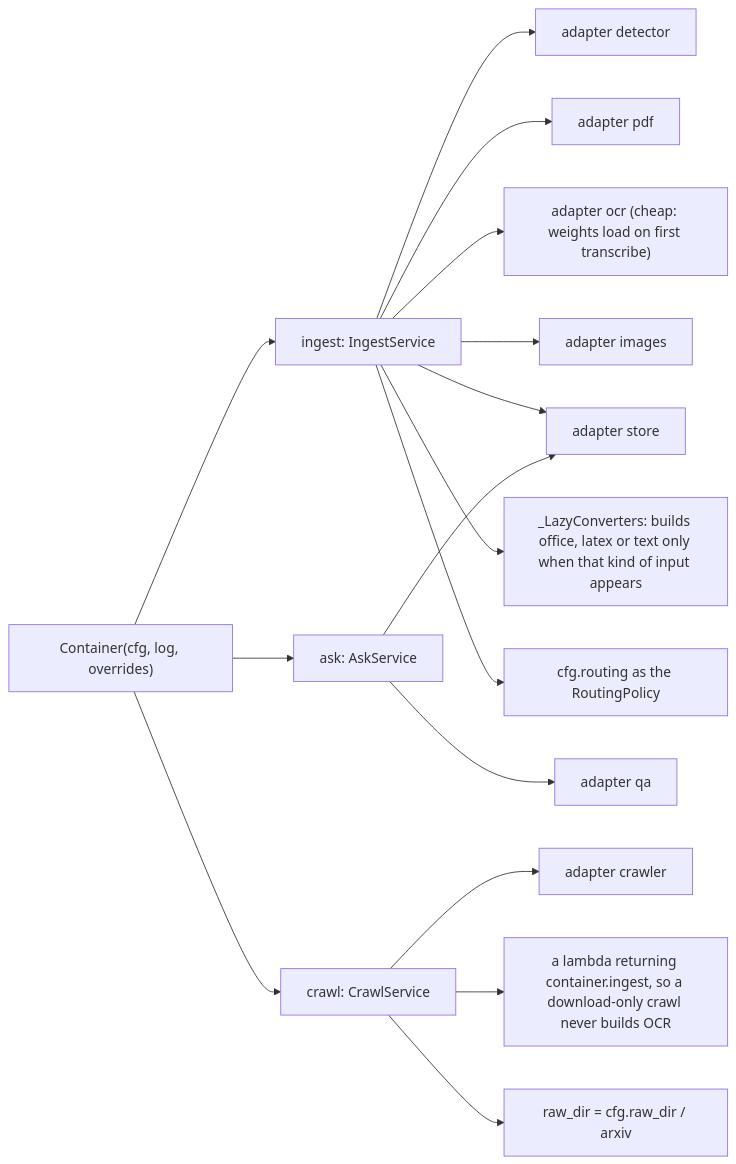
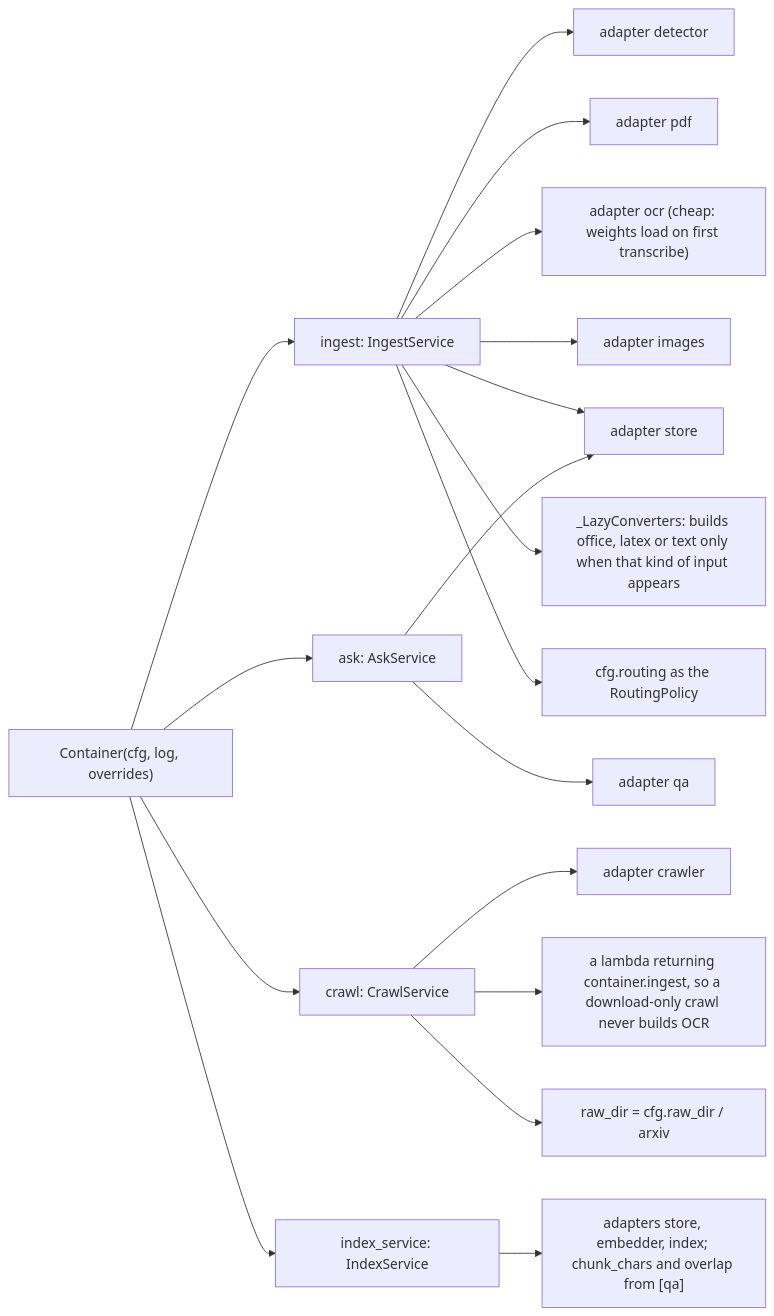
One commit to etxsA/doc-ingest changed the seventh of 18 diagrams in packages/docingest/docs/architecture.md. Above: the diagram before and after it, drawn with Mermaid. The commit also changed other lines of this file and 6 other files, not shown here.

````diff
--- a/packages/docingest/docs/architecture.md
+++ b/packages/docingest/docs/architecture.md
@@ -498,19 +498,21 @@
 ```mermaid
 flowchart LR
     CT["Container(cfg, log, overrides)"]
     CT --> PI["ingest: IngestService"]
     CT --> PA["ask: AskService"]
     CT --> PC["crawl: CrawlService"]
+    CT --> PX["index_service: IndexService"]
+    PX --> A8["adapters store, embedder, index; chunk_chars and overlap from [qa]"]
     PI --> A1["adapter detector"]
     PI --> A2["adapter pdf"]
     PI --> A3["adapter ocr (cheap: weights load on first transcribe)"]
     PI --> A4["adapter images"]
     PI --> A5["adapter store"]
     PI --> LC["_LazyConverters: builds office, latex or text only when that kind of input appears"]
     PI --> POL["cfg.routing as the RoutingPolicy"]
     PA --> A5
     PA --> A6["adapter qa"]
     PC --> A7["adapter crawler"]
     PC --> LI["a lambda returning container.ingest, so a download-only crawl never builds OCR"]
     PC --> RD["raw_dir = cfg.raw_dir / arxiv"]
 ```
````
